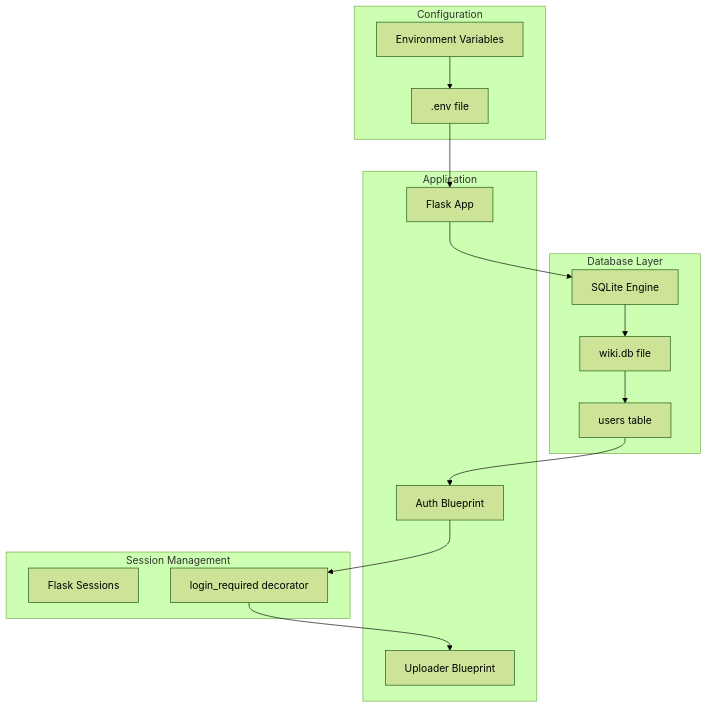
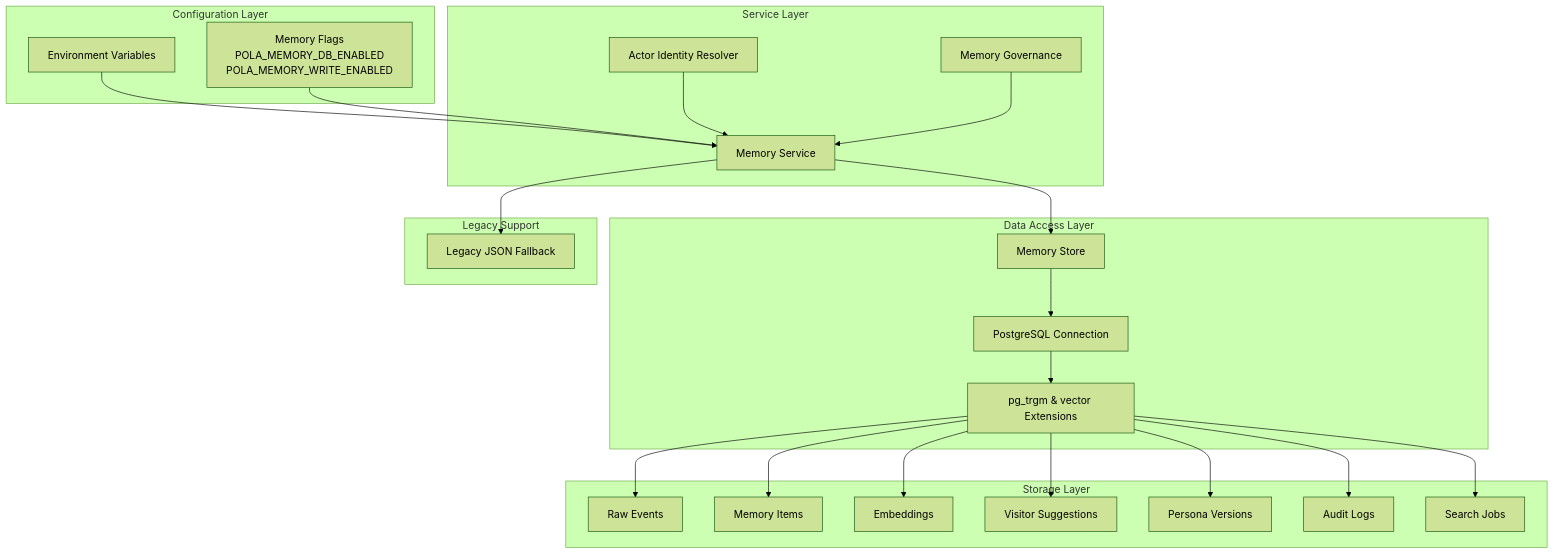
Before and after one commit to PolarisW007/PolaZhenJing: the second of 6 diagrams in .qoder/repowiki/en/content/Database Design.md, drawn with Mermaid (forest theme). The commit also changed other lines of this file and 333 other files, not shown here.

````diff
--- a/.qoder/repowiki/en/content/Database Design.md
+++ b/.qoder/repowiki/en/content/Database Design.md
@@ -86,29 +149,44 @@
 ```mermaid
 graph TB
-subgraph "Configuration"
+subgraph "Configuration Layer"
 Env["Environment Variables"]
-DotEnv[".env file"]
+ConfigFlags["Memory Flags<br/>POLA_MEMORY_DB_ENABLED<br/>POLA_MEMORY_WRITE_ENABLED"]
 end
-subgraph "Database Layer"
-SQLite["SQLite Engine"]
-WikiDB["wiki.db file"]
-UsersTbl["users table"]
+subgraph "Service Layer"
+MemoryService["Memory Service"]
+ActorIdentity["Actor Identity Resolver"]
+MemoryGuard["Memory Governance"]
 end
-subgraph "Application"
-FlaskApp["Flask App"]
-AuthBP["Auth Blueprint"]
-UploadBP["Uploader Blueprint"]
+subgraph "Data Access Layer"
+MemoryStore["Memory Store"]
+Connection["PostgreSQL Connection"]
+Extensions["pg_trgm & vector Extensions"]
 end
-subgraph "Session Management"
-Session["Flask Sessions"]
-LoginReq["login_required decorator"]
+subgraph "Storage Layer"
+RawEvents["Raw Events"]
+MemoryItems["Memory Items"]
+Embeddings["Embeddings"]
+Suggestions["Visitor Suggestions"]
+Persona["Persona Versions"]
+AuditLogs["Audit Logs"]
+SearchJobs["Search Jobs"]
 end
-Env --> DotEnv
-DotEnv --> FlaskApp
-FlaskApp --> SQLite
-SQLite --> WikiDB
-WikiDB --> UsersTbl
-UsersTbl --> AuthBP
-AuthBP --> LoginReq
-LoginReq --> UploadBP
+subgraph "Legacy Support"
+LegacyMemory["Legacy JSON Fallback"]
+end
+Env --> MemoryService
+ConfigFlags --> MemoryService
+ActorIdentity --> MemoryService
+MemoryGuard --> MemoryService
+MemoryService --> MemoryStore
+MemoryStore --> Connection
+Connection --> Extensions
+Extensions --> RawEvents
+Extensions --> MemoryItems
+Extensions --> Embeddings
+Extensions --> Suggestions
+Extensions --> Persona
+Extensions --> AuditLogs
+Extensions --> SearchJobs
+MemoryService --> LegacyMemory
 ```
````
